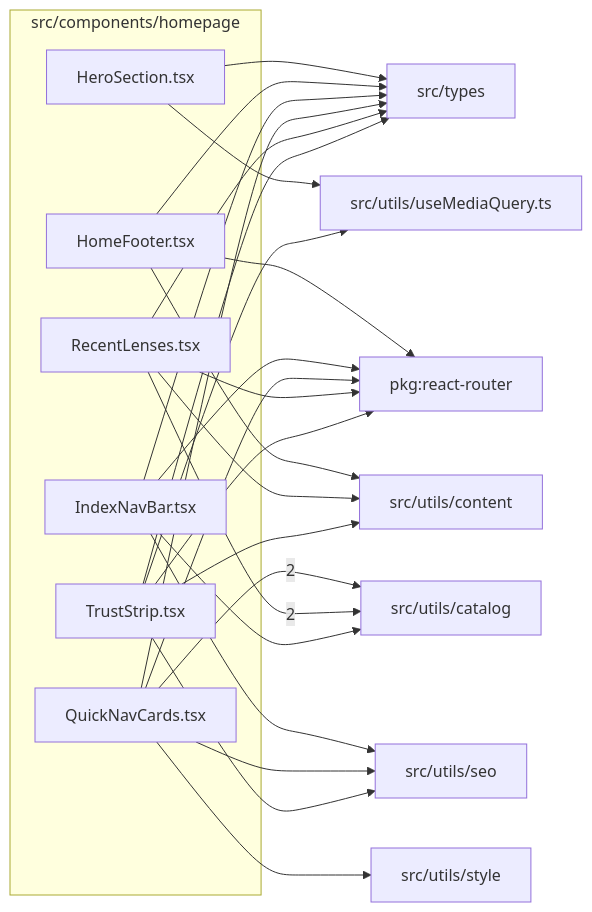
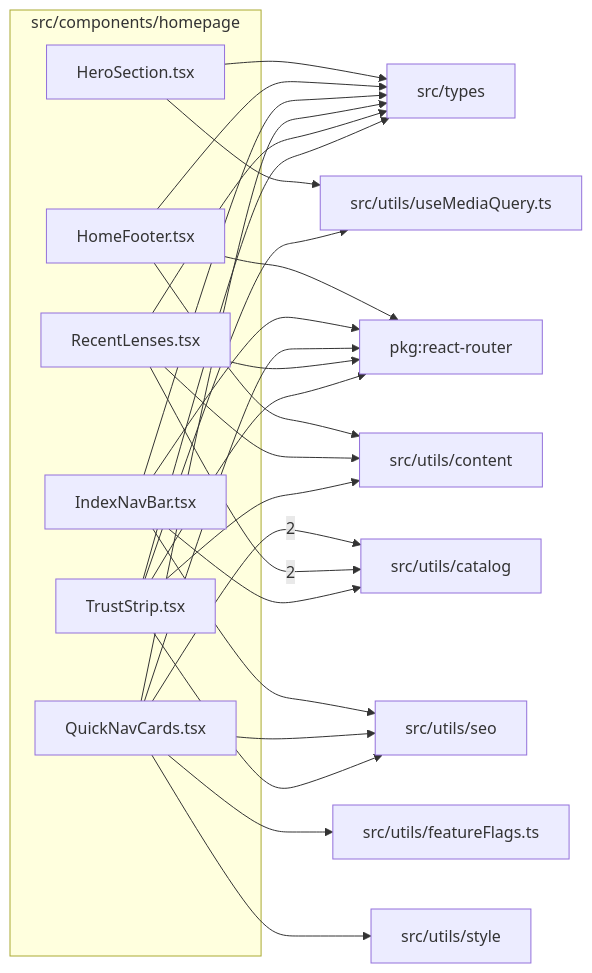
The diagram in src/components/homepage/readme.md (ronbuening/LensVisualizer), drawn with Mermaid before and after one commit. The commit also changed other lines of this file and 7 other files, not shown here.

First line of the commit message:
Release the lens builder and feature it on the homepage

````diff
--- a/src/components/homepage/readme.md
+++ b/src/components/homepage/readme.md
@@ -9,41 +9,43 @@
 ```mermaid
 flowchart LR
   subgraph n_src_components_homepage["src/components/homepage"]
     n_src_components_homepage_src_components_homepage_HeroSection_tsx["HeroSection.tsx"]
     n_src_components_homepage_src_components_homepage_HomeFooter_tsx["HomeFooter.tsx"]
     n_src_components_homepage_src_components_homepage_IndexNavBar_tsx["IndexNavBar.tsx"]
     n_src_components_homepage_src_components_homepage_QuickNavCards_tsx["QuickNavCards.tsx"]
     n_src_components_homepage_src_components_homepage_RecentLenses_tsx["RecentLenses.tsx"]
     n_src_components_homepage_src_components_homepage_TrustStrip_tsx["TrustStrip.tsx"]
   end
   n_external_src_utils_catalog["src/utils/catalog"]
   n_external_pkg_react_router["pkg:react-router"]
   n_external_src_types["src/types"]
   n_external_src_utils_content["src/utils/content"]
+  n_external_src_utils_featureFlags_ts["src/utils/featureFlags.ts"]
   n_external_src_utils_seo["src/utils/seo"]
   n_external_src_utils_style["src/utils/style"]
   n_external_src_utils_useMediaQuery_ts["src/utils/useMediaQuery.ts"]
   n_src_components_homepage_src_components_homepage_QuickNavCards_tsx --> |2| n_external_src_utils_catalog
   n_src_components_homepage_src_components_homepage_RecentLenses_tsx --> |2| n_external_src_utils_catalog
   n_src_components_homepage_src_components_homepage_HomeFooter_tsx --> n_external_pkg_react_router
   n_src_components_homepage_src_components_homepage_IndexNavBar_tsx --> n_external_pkg_react_router
   n_src_components_homepage_src_components_homepage_QuickNavCards_tsx --> n_external_pkg_react_router
   n_src_components_homepage_src_components_homepage_RecentLenses_tsx --> n_external_pkg_react_router
   n_src_components_homepage_src_components_homepage_TrustStrip_tsx --> n_external_pkg_react_router
   n_src_components_homepage_src_components_homepage_HeroSection_tsx --> n_external_src_types
   n_src_components_homepage_src_components_homepage_HomeFooter_tsx --> n_external_src_types
   n_src_components_homepage_src_components_homepage_IndexNavBar_tsx --> n_external_src_types
   n_src_components_homepage_src_components_homepage_QuickNavCards_tsx --> n_external_src_types
   n_src_components_homepage_src_components_homepage_RecentLenses_tsx --> n_external_src_types
   n_src_components_homepage_src_components_homepage_TrustStrip_tsx --> n_external_src_types
   n_src_components_homepage_src_components_homepage_IndexNavBar_tsx --> n_external_src_utils_catalog
   n_src_components_homepage_src_components_homepage_HomeFooter_tsx --> n_external_src_utils_content
   n_src_components_homepage_src_components_homepage_RecentLenses_tsx --> n_external_src_utils_content
   n_src_components_homepage_src_components_homepage_TrustStrip_tsx --> n_external_src_utils_content
+  n_src_components_homepage_src_components_homepage_QuickNavCards_tsx --> n_external_src_utils_featureFlags_ts
   n_src_components_homepage_src_components_homepage_IndexNavBar_tsx --> n_external_src_utils_seo
   n_src_components_homepage_src_components_homepage_QuickNavCards_tsx --> n_external_src_utils_seo
   n_src_components_homepage_src_components_homepage_TrustStrip_tsx --> n_external_src_utils_seo
   n_src_components_homepage_src_components_homepage_QuickNavCards_tsx --> n_external_src_utils_style
   n_src_components_homepage_src_components_homepage_HeroSection_tsx --> n_external_src_utils_useMediaQuery_ts
   n_src_components_homepage_src_components_homepage_TrustStrip_tsx --> n_external_src_utils_useMediaQuery_ts
 ```
````
